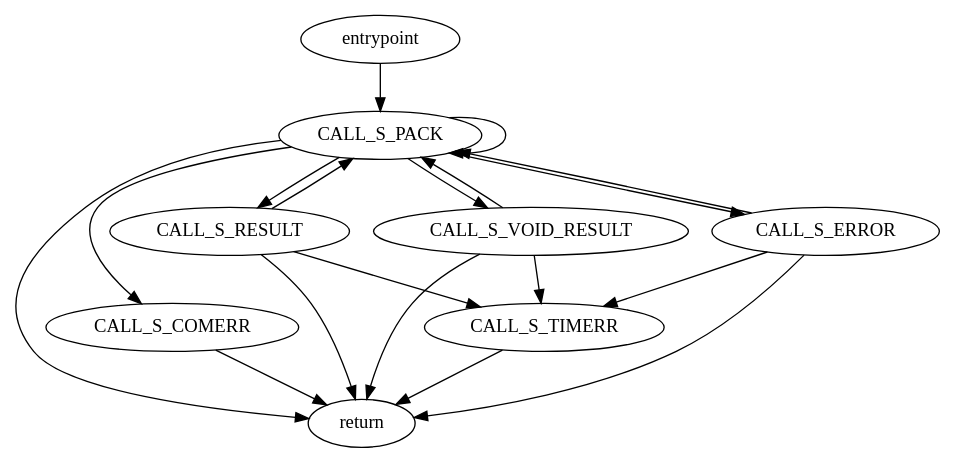
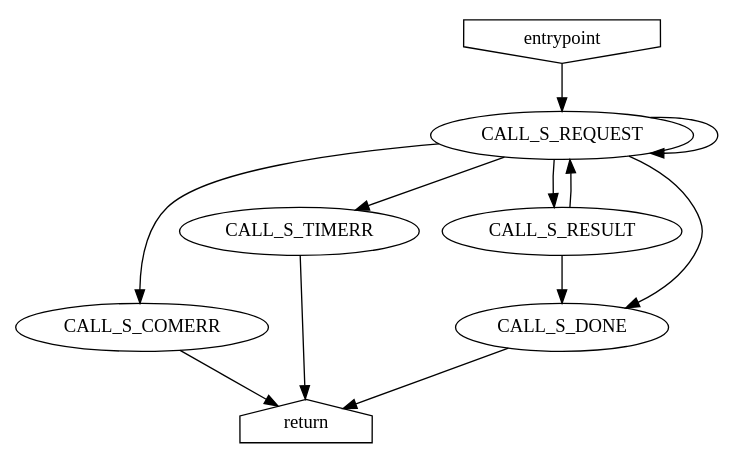
One commit to silicon-heaven/shvc changed the diagram in docs/api/rpccall.md. Above: the diagram before and after it, drawn with Graphviz. The commit also changed 20 other files, not shown here.

````diff
--- a/docs/api/rpccall.md
+++ b/docs/api/rpccall.md
@@ -12,9 +12,11 @@
 ```{graphviz}
 digraph rpccall {
-  entrypoint -> CALL_S_PACK
-  CALL_S_PACK -> {CALL_S_PACK; CALL_S_COMERR; return}
-  CALL_S_PACK -> {CALL_S_RESULT; CALL_S_VOID_RESULT; CALL_S_ERROR}
-  {CALL_S_RESULT; CALL_S_VOID_RESULT; CALL_S_ERROR} -> {CALL_S_PACK, CALL_S_TIMERR, return}
-  {CALL_S_TIMERR, CALL_S_COMERR} -> return
+  entrypoint [shape=invhouse]
+  return [shape=house]
+  entrypoint -> CALL_S_REQUEST
+  CALL_S_REQUEST -> {CALL_S_REQUEST; CALL_S_COMERR; CALL_S_TIMERR}
+  CALL_S_REQUEST -> {CALL_S_RESULT; CALL_S_DONE}
+  CALL_S_RESULT -> {CALL_S_REQUEST; CALL_S_DONE}
+  {CALL_S_DONE; CALL_S_TIMERR; CALL_S_COMERR} -> return
 }
 ```
````
